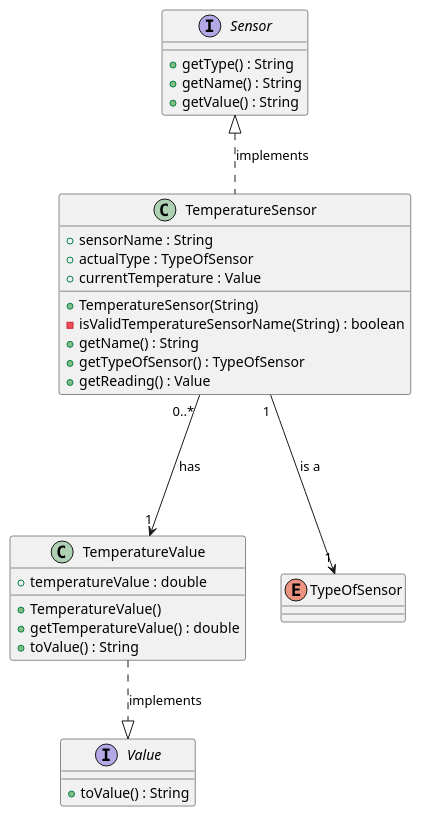
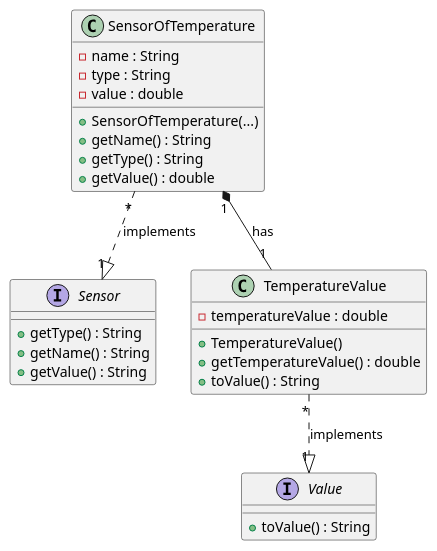
The diagram in projetoIntermedio/docs/Class/UseCase/UC10/UC10.puml (ozepedrorodrigues/projetoIntermedio), drawn with PlantUML before and after one commit. The commit also changed 5 other files, not shown here.

```diff
--- a/projetoIntermedio/docs/Class/UseCase/UC10/UC10.puml
+++ b/projetoIntermedio/docs/Class/UseCase/UC10/UC10.puml
@@ -1,47 +1,38 @@
  @startuml
-
-class TemperatureSensor {
-}
-interface Value {
-}
-class TemperatureValue  {
-}
-enum TypeOfSensor {
-}
-
 
 interface Sensor {
 
   + getType() : String
   + getName() : String
   + getValue() : String
 }
 
-class TemperatureSensor {
-+sensorName : String
-+actualType : TypeOfSensor
-+currentTemperature : Value
-+TemperatureSensor(String)
--isValidTemperatureSensorName(String) : boolean
-+getName() : String
-+getTypeOfSensor() : TypeOfSensor
-+getReading() : Value
+class SensorOfTemperature {
+  - name : String
+  - type : String
+  - value : double
+
+  + SensorOfTemperature(...)
+  + getName() : String
+  + getType() : String
+  + getValue() : double
+}
+
+class TemperatureValue {
+  - temperatureValue : double
+
+  + TemperatureValue()
+  + getTemperatureValue() : double
+  + toValue() : String
 }
 
 interface Value {
-+toValue() : String
+  + toValue() : String
 }
 
-class TemperatureValue {
-+temperatureValue : double
-+TemperatureValue()
-+getTemperatureValue() : double
-+toValue() : String
-}
+SensorOfTemperature "*" ..|> "1" Sensor : implements
+SensorOfTemperature "1" *-- "1" TemperatureValue : has
 
-Sensor <|.. TemperatureSensor  : implements
-TemperatureSensor"0..* " ---> "1"TemperatureValue : has
-TemperatureValue ..|> Value : implements
-TemperatureSensor"1 " ---> "1"TypeOfSensor : is a
+TemperatureValue "*" ..|> "1" Value : implements
 
 @enduml
```
